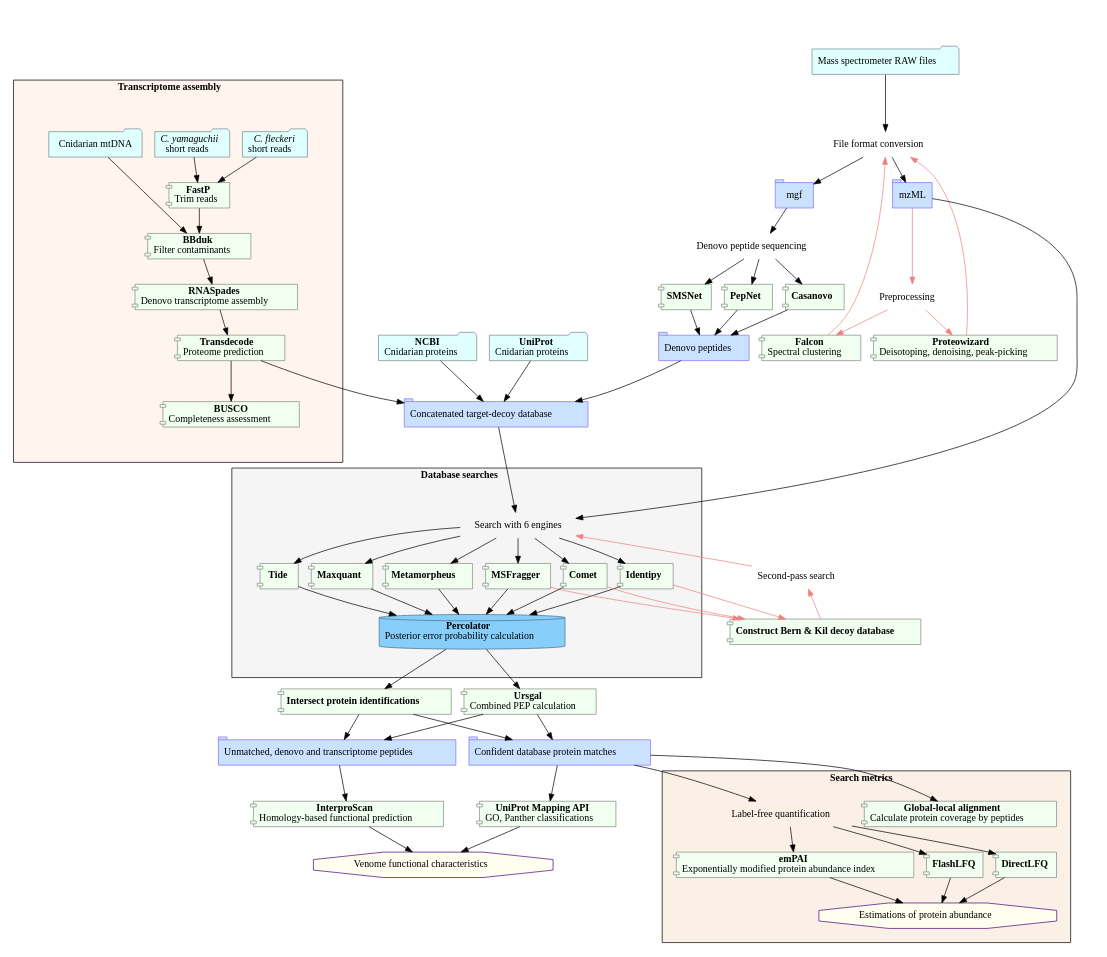
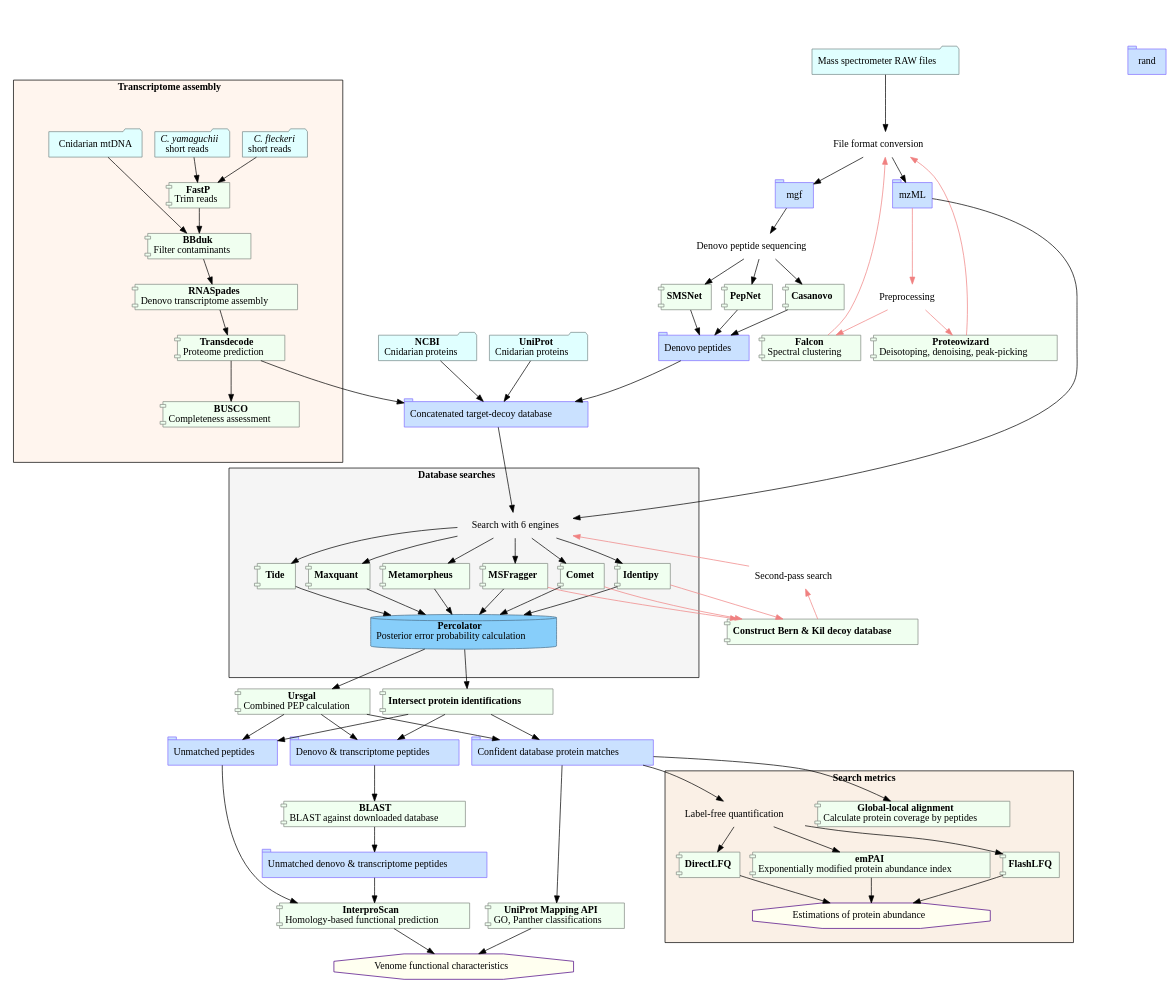
Before and after one commit to SJ-31/MUIC-Jellyfish_proteomics: the diagram in docs/flow.dot, drawn with Graphviz. The commit also changed 5 other files, not shown here.

Commit message:
chore: update diagrams and add template files

```diff
--- a/docs/flow.dot
+++ b/docs/flow.dot
@@ -1,125 +1,131 @@
 digraph boxes_and_circles {
     graph [style=invis; fontname="ubuntu"]
     node [fontname="ubuntu"
           style=filled]
 
     node [shape=folder; color=lightcyan4; fillcolor=lightcyan]; rawRNA1; rawRNA2; mtdna; raw; unip; ncbi
 
-    node [shape=component; color=honeydew4; fillcolor=honeydew1]; fp; bbduk; spades; tdc; busco; sms; pepnet; csnv; ursgal; intersect; api; interpro; flcn; wiz; meta; tide; mq; idpy; msfrag; comet; dlfq; empai; flfq; bk_decoy; cov
+    node [shape=component; color=honeydew4; fillcolor=honeydew1]; fp; bbduk; spades; tdc; busco; sms; pepnet; csnv; ursgal; intersect; api; interpro; flcn; wiz; meta; tide; mq; idpy; msfrag; comet; dlfq; empai; flfq; bk_decoy; cov; blast
 
-    node[shape=tab;color=lightslateblue; fillcolor=lightsteelblue1]; denovo; mgf; mzML; rand; conf; decoy_db
+    node[shape=tab;color=lightslateblue; fillcolor=lightsteelblue1]; denovo; mgf; mzML; rand; conf; decoy_db; other; unmatched; u_other
 
     node[shape=octagon;color=indigo;fillcolor=ivory]; quant; func
 
     node [shape=plaintext; fillcolor=none;
           ]; pre; thermoparse; d
 
     subgraph cluster_rna {
         margin=50
         style=filled; fillcolor=seashell
         label=<<b>Transcriptome assembly</b>>
         rawRNA1 [label=<<i>C. fleckeri</i><br/>short reads>]
         rawRNA2 [label=<<i>C. yamaguchii</i><br/>short reads>]
         mtdna [label="Cnidarian mtDNA"]
         {rank=same; mtdna; rawRNA1; rawRNA2}
         mtdna->bbduk
         {rawRNA1,rawRNA2}->fp
         fp [label=<<b>FastP</b><br/>Trim reads>]
         bbduk->spades
         fp->bbduk
         spades [label=<<b>RNASpades</b><br/>Denovo transcriptome assembly>]
         bbduk[label=<<b>BBduk</b><br/>Filter contaminants>]
         spades->tdc
         tdc->busco
         busco[label=<<b>BUSCO</b><br/>Completeness assessment>]
         tdc[label=<<b>Transdecode</b><br/>Proteome prediction>]
     }
 
     subgraph cluster_db {
         decoy_db[label=<Concatenated target-decoy database>]
         ncbi [label=<<b>NCBI</b><br/>Cnidarian proteins>]
         unip [label=<<b>UniProt</b><br/>Cnidarian proteins>]
         {unip,ncbi,tdc}->decoy_db
     }
 
     subgraph cluster_pre {
         margin=50
         raw->thermoparse->mgf->d->{csnv,sms,pepnet}->denovo
         d[label=<Denovo peptide sequencing>]
         d [shape=plaintext]
         raw[label=<Mass spectrometer RAW files>]
         thermoparse [label=<File format conversion>]
         sms[label=<<b>SMSNet</b>>]
         pepnet[label=<<b>PepNet</b>>]
         csnv[label=<<b>Casanovo</b>>]
         denovo [label=<Denovo peptides>]
         denovo->decoy_db
         thermoparse->mzML
         mzML->pre->{flcn,wiz}->thermoparse [color=lightcoral]
         wiz[label=<<b>Proteowizard</b><br/>Deisotoping, denoising, peak-picking>]
         flcn[label=<<b>Falcon</b><br/>Spectral clustering>]
         { rank=same; mgf; mzML }
         { rank=max; flcn; wiz }
         pre[label=<Preprocessing>]
     }
 
     subgraph cluster_search {
         label=<<b>Database searches</b>>
         margin=40
         style=filled; fillcolor=whitesmoke
         {decoy_db,mzML}->search
         rank = same
         search [label="Search with 6 engines"; shape=plaintext; fillcolor=invis]
         node [shape=component]
         search->{comet,mq,idpy,msfrag,meta,tide}
         comet[label=<<b>Comet</b>>]
         idpy[label=<<b>Identipy</b>>]
         meta[label=<<b>Metamorpheus</b>>]
         mq[label=<<b>Maxquant</b>>]
         tide[label=<<b>Tide</b>>]
         msfrag[label=<<b>MSFragger</b>>]
         {comet,idpy,msfrag,mq,meta,tide}->perc
     }
 
     subgraph cluster_bk {
         style="invis"
         {comet,idpy,msfrag}->bk_decoy [color=lightcoral]
         bk_decoy [label=<<b>Construct Bern &amp; Kil decoy database</b>>]
         bk_decoy -> two -> search [color=lightcoral]
         {rank=min; two}
         two[label=<Second-pass search>; shape=plaintext]
     }
     perc [shape=cylinder;fillcolor=lightskyblue;label=<<b>Percolator</b><br/>Posterior error probability calculation>; color=skyblue4]
     conf->{lfq,cov}
 
     subgraph cluster_quant {
         style=filled; fillcolor=linen
         label=<<b>Search metrics</b>>
         margin=20
         cov[label=<<b>Global-local alignment</b><br/>Calculate protein coverage by peptides>]
         lfq->{empai,dlfq,flfq}
         lfq[label=<Label-free quantification>]
         {empai,dlfq,flfq}->quant
         empai[label=<<b>emPAI</b><br/>Exponentially modified protein abundance index>]
         dlfq[label=<<b>DirectLFQ</b>>]
         flfq[label=<<b>FlashLFQ</b>>]
         quant[label=<Estimations of protein abundance>]
     }
 
     subgraph cluster_combine {
         { rank=same; ursgal; intersect }
-        perc->{ursgal,intersect}->{conf,rand}
+        perc->{ursgal,intersect}->{conf,other,unmatched}
         conf [label=<Confident database protein matches>]
         conf -> api
         api [label=<<b>UniProt Mapping API</b><br/>GO, Panther classifications>]
-        rand [label=<Unmatched, denovo and transcriptome peptides>]
+        unmatched [label=<Unmatched peptides>]
+        other [label=<Denovo &amp; transcriptome peptides>]
+        unmatched -> interpro
+        other -> blast -> u_other
+
+        blast [label=<<b>BLAST</b><br/>BLAST against downloaded database>]
+        u_other [label=<Unmatched denovo &amp; transcriptome peptides>]
+        u_other -> interpro
         { rank=min; ursgal;intersect }
         { rank=same; api; interpro }
         intersect [label=<<b>Intersect protein identifications</b>>]
         ursgal [label=<<b>Ursgal</b><br/>Combined PEP calculation>]
-        rand -> interpro
         interpro [label=<<b>InterproScan</b><br/>Homology-based functional prediction>]
         {interpro;api} -> func
         func[label=<Venome functional characteristics>]
     }
 }
```
